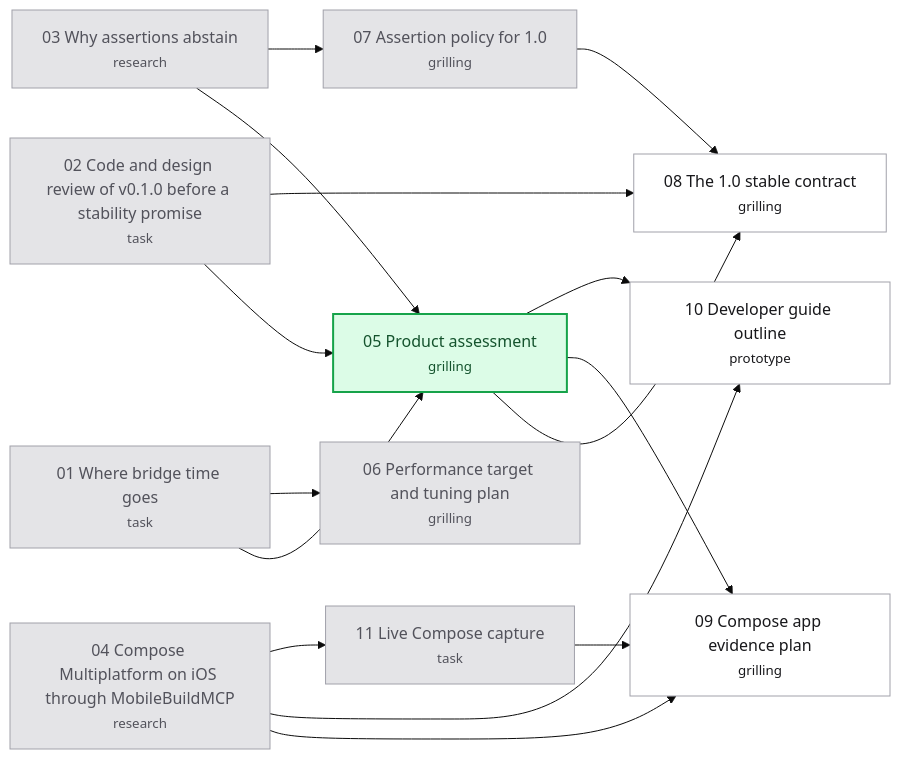
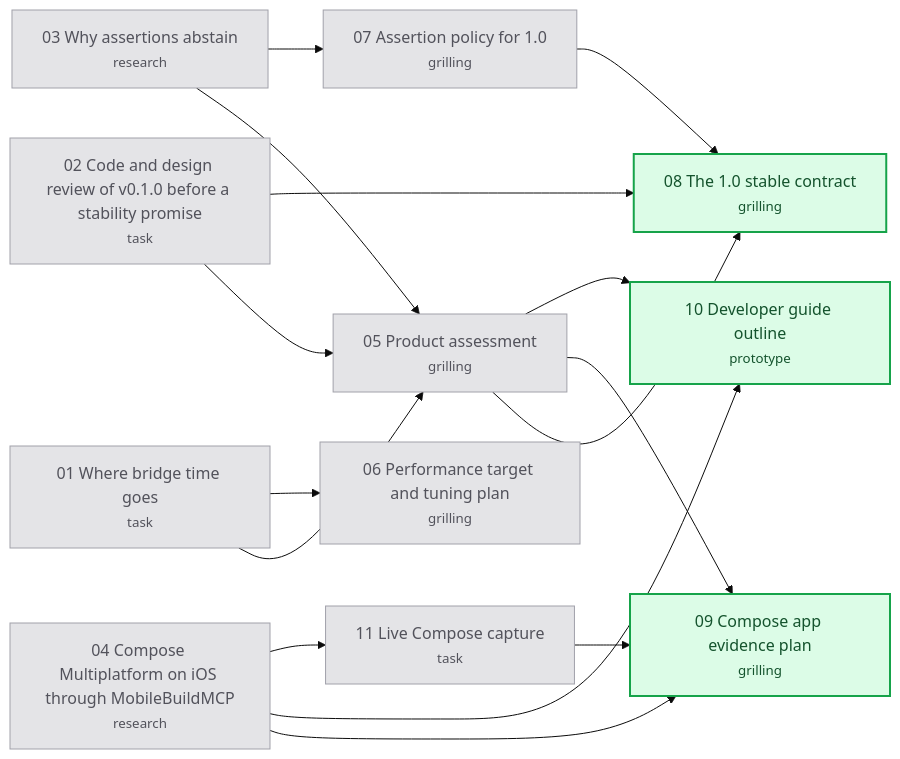
One commit to hugues-vnsgn/jev-ios-bridge changed the diagram in .scratch/v1-release/map.md. Above: the diagram before and after it, drawn with Mermaid (base theme). The commit also changed other lines of this file and 2 other files, not shown here.

Commit message:
docs: record the v1.0.0 go decision and its conditions
Resolve the product assessment: go for 1.0 once the review defects are
fixed, ADR-0004 is implemented, the speed target and Compose checks
pass, and dead code is removed with frozen surfaces versioned. 1.0
serves repeatable checks; the remaining weaknesses ship as documented
limits.

````diff
--- a/.scratch/v1-release/map.md
+++ b/.scratch/v1-release/map.md
@@ -44,35 +45,34 @@
 ```mermaid
 flowchart LR
     T01["01 Where bridge time goes<br/><small>task</small>"]
     T02["02 Code and design review of v0.1.0 before a stability promise<br/><small>task</small>"]
     T03["03 Why assertions abstain<br/><small>research</small>"]
     T04["04 Compose Multiplatform on iOS through MobileBuildMCP<br/><small>research</small>"]
     T05["05 Product assessment<br/><small>grilling</small>"]
     T06["06 Performance target and tuning plan<br/><small>grilling</small>"]
     T07["07 Assertion policy for 1.0<br/><small>grilling</small>"]
     T08["08 The 1.0 stable contract<br/><small>grilling</small>"]
     T09["09 Compose app evidence plan<br/><small>grilling</small>"]
     T10["10 Developer guide outline<br/><small>prototype</small>"]
     T11["11 Live Compose capture<br/><small>task</small>"]
     T01 --> T05
     T02 --> T05
     T03 --> T05
     T01 --> T06
     T03 --> T07
     T02 --> T08
     T05 --> T08
     T07 --> T08
     T04 --> T09
     T05 --> T09
     T11 --> T09
     T04 --> T10
     T05 --> T10
     T04 --> T11
     classDef resolved fill:#e4e4e7,stroke:#a1a1aa,color:#52525b
     classDef claimed fill:#dbeafe,stroke:#2563eb,color:#1e3a8a
     classDef frontier fill:#dcfce7,stroke:#16a34a,color:#14532d,stroke-width:2px
     classDef blocked fill:#ffffff,stroke:#a1a1aa,color:#18181b
-    class T01,T02,T03,T04,T06,T07,T11 resolved
-    class T05 frontier
-    class T08,T09,T10 blocked
+    class T01,T02,T03,T04,T05,T06,T07,T11 resolved
+    class T08,T09,T10 frontier
 ```
````
